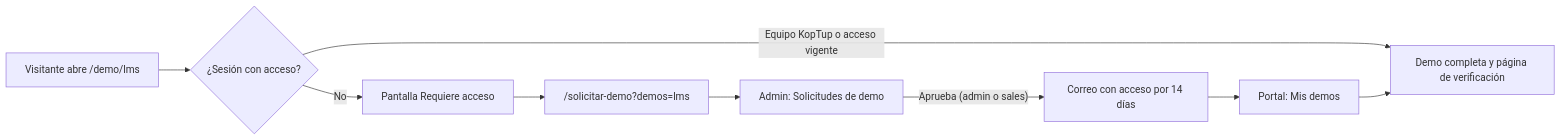
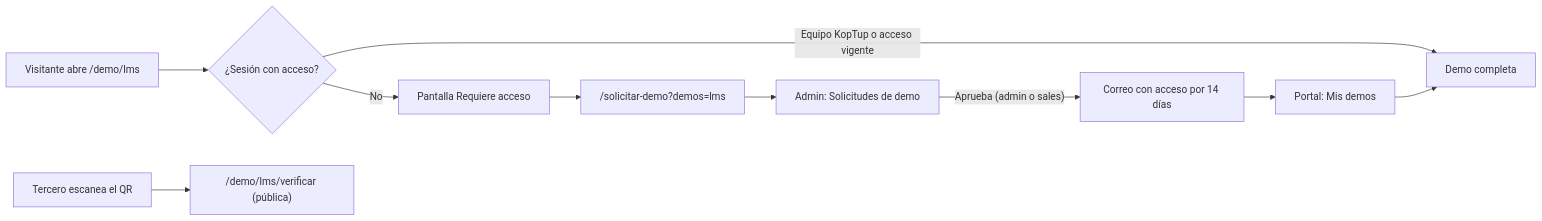
One commit to ronalc90/koptup changed the third of 3 diagrams in docs/wiki/Guia-Demo-lms.md. Above: the diagram before and after it, drawn with Mermaid. The commit also changed other lines of this file and 46 other files, not shown here.

````diff
--- a/docs/wiki/Guia-Demo-lms.md
+++ b/docs/wiki/Guia-Demo-lms.md
@@ -291,11 +315,12 @@
 ```mermaid
 flowchart LR
     V["Visitante abre /demo/lms"] --> S{"¿Sesión con acceso?"}
-    S -- "Equipo KopTup o acceso vigente" --> D["Demo completa y página de verificación"]
+    S -- "Equipo KopTup o acceso vigente" --> D["Demo completa"]
     S -- "No" --> P["Pantalla Requiere acceso"]
     P --> F["/solicitar-demo?demos=lms"]
     F --> AD["Admin: Solicitudes de demo"]
     AD -- "Aprueba (admin o sales)" --> E["Correo con acceso por 14 días"]
     E --> M["Portal: Mis demos"]
     M --> D
+    Q["Tercero escanea el QR"] --> VER["/demo/lms/verificar (pública)"]
 ```
````
